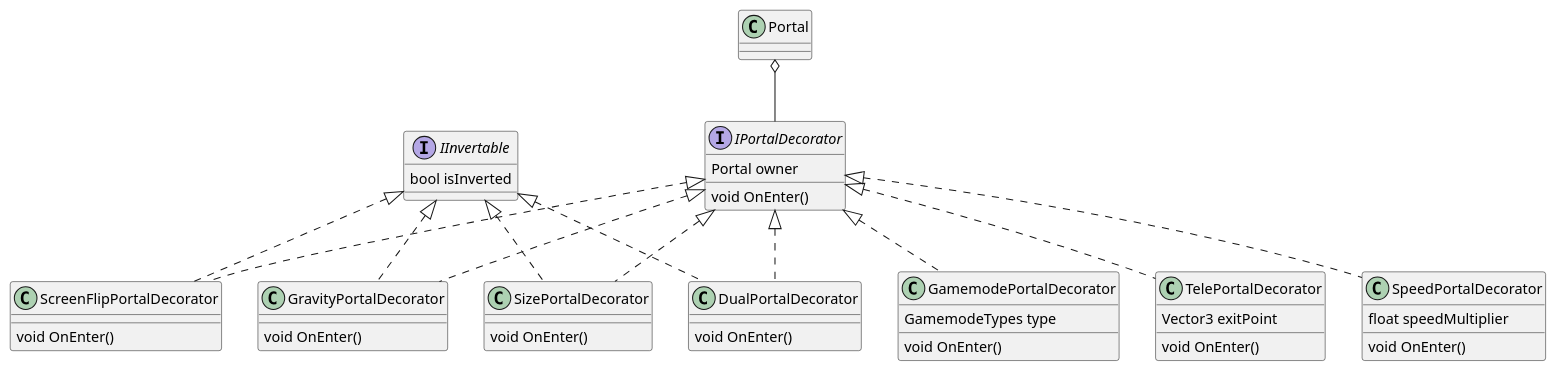
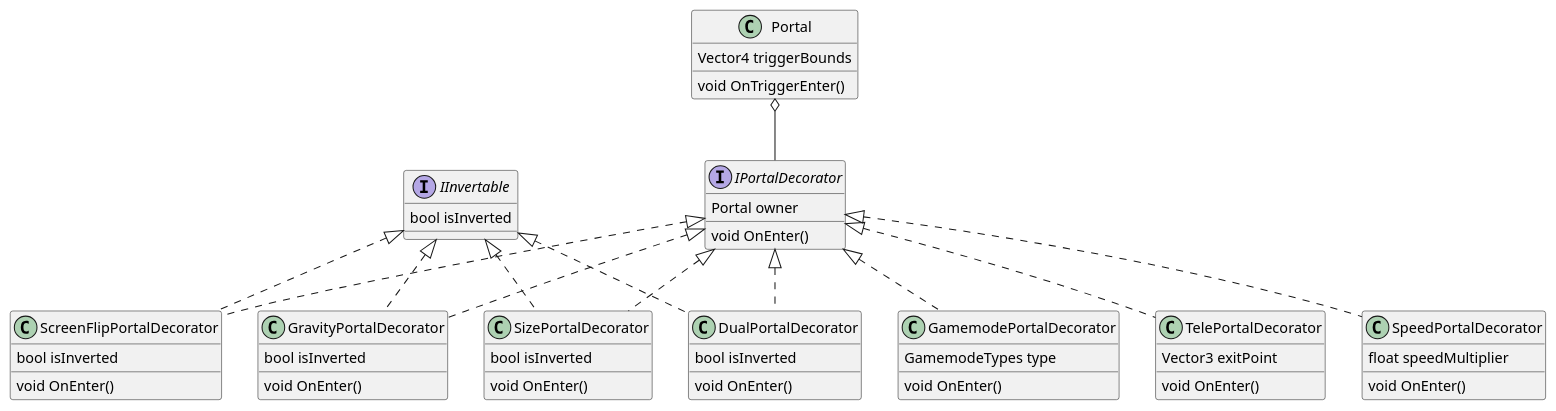
The diagram in masterfile.plantuml (Roboolet/DomainDecompositionUML), drawn with PlantUML before and after one commit.

Commit message:
Added some missing variables and methods

```diff
--- a/masterfile.plantuml
+++ b/masterfile.plantuml
@@ -1,64 +1,72 @@
 @startuml Geometry Dash Hierarchy
 
 ' -- Leas section --
 ' Portals
 class Portal
+{
+    Vector4 triggerBounds
+    void OnTriggerEnter()
+}
 interface IPortalDecorator
 {
     Portal owner
     void OnEnter()
 }
 Interface IInvertable
 {
     bool isInverted
 }
 
 class GravityPortalDecorator
 {
+    bool isInverted
     void OnEnter()
 }
 class GamemodePortalDecorator
 {
     GamemodeTypes type
     void OnEnter()
 }
 class SizePortalDecorator
 {
+    bool isInverted
     void OnEnter()
 }
 class DualPortalDecorator
 {
+    bool isInverted
     void OnEnter()
 }
 class TelePortalDecorator
 {
     Vector3 exitPoint
     void OnEnter()
 }
 class ScreenFlipPortalDecorator
 {
+    bool isInverted
     void OnEnter()
 }
 class SpeedPortalDecorator
 {
     float speedMultiplier
     void OnEnter()
 }
 
 
 ' Decorators
 Portal o-- IPortalDecorator
 IPortalDecorator <|.. GravityPortalDecorator
 IPortalDecorator <|.. GamemodePortalDecorator
 IPortalDecorator <|.. SizePortalDecorator
 IPortalDecorator <|.. DualPortalDecorator
 IPortalDecorator <|.. TelePortalDecorator
 IPortalDecorator <|.. ScreenFlipPortalDecorator
 IPortalDecorator <|.. SpeedPortalDecorator
 
 IInvertable <|.. GravityPortalDecorator
 IInvertable <|.. SizePortalDecorator
 IInvertable <|.. DualPortalDecorator
 IInvertable <|.. ScreenFlipPortalDecorator
 
 @enduml
```
